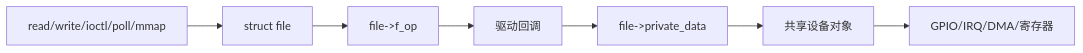
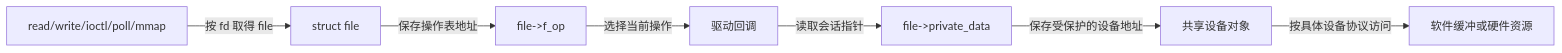
Before and after one commit to FormingSystem/linux_note: the fourth of 4 diagrams in knowledge/driver_model/character_device/P03_打开路径与文件操作.md, drawn with Mermaid. The commit also changed other lines of this file and 4 other files, not shown here.

````diff
--- a/knowledge/driver_model/character_device/P03_打开路径与文件操作.md
+++ b/knowledge/driver_model/character_device/P03_打开路径与文件操作.md
@@ -175,9 +190,9 @@
 ```mermaid
 flowchart LR
-    SYS["read/write/ioctl/poll/mmap"] --> FILE["struct file"]
-    FILE --> FOPS["file->f_op"]
-    FOPS --> CB["驱动回调"]
-    CB --> CTX["file->private_data"]
-    CTX --> DEV["共享设备对象"]
-    DEV --> HW["GPIO/IRQ/DMA/寄存器"]
+    SYS["read/write/ioctl/poll/mmap"] -->|按 fd 取得 file| FILE["struct file"]
+    FILE -->|保存操作表地址| FOPS["file->f_op"]
+    FOPS -->|选择当前操作| CB["驱动回调"]
+    CB -->|读取会话指针| CTX["file->private_data"]
+    CTX -->|保存受保护的设备地址| DEV["共享设备对象"]
+    DEV -->|按具体设备协议访问| HW["软件缓冲或硬件资源"]
 ```
````
